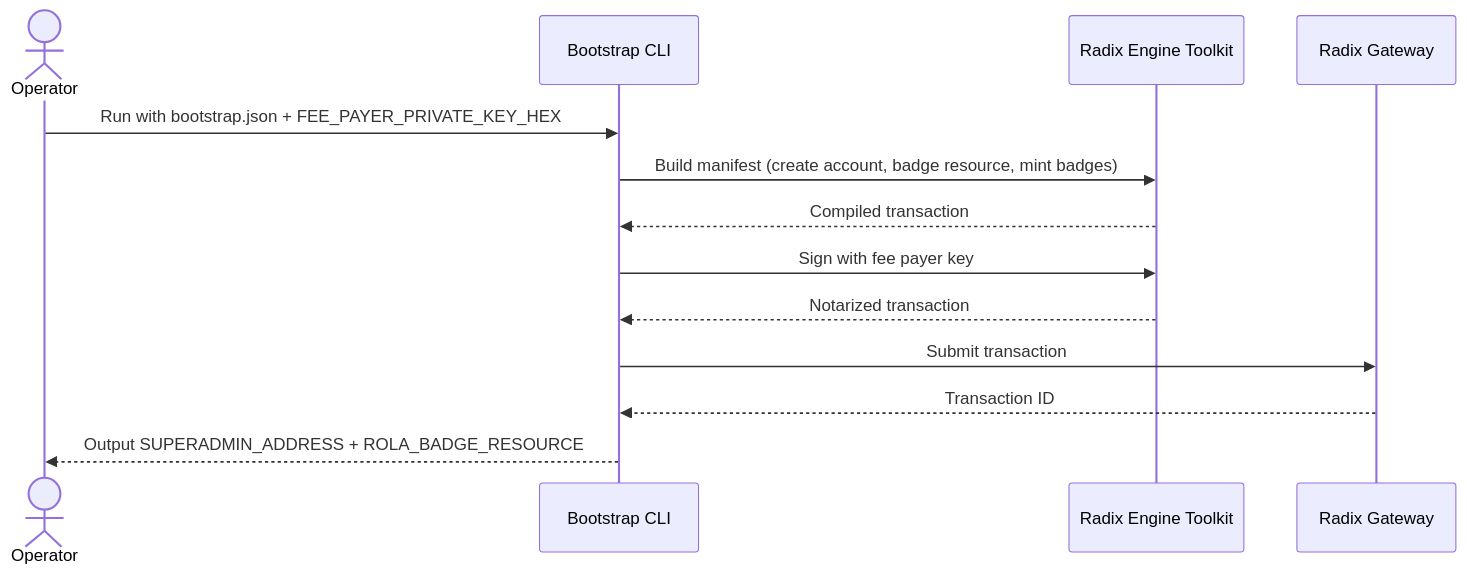
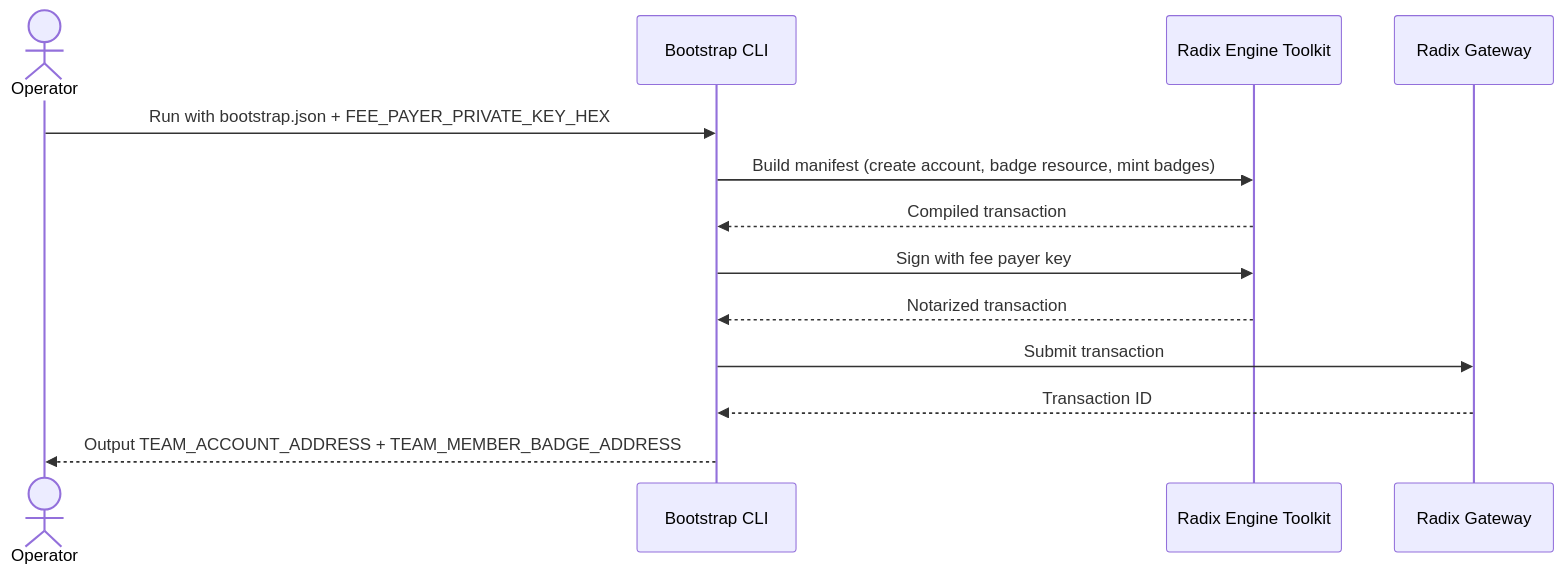
Before and after one commit to xstelea/radix-vaults: the eighth of 8 diagrams in docs/PRODUCT_SCOPE.md, drawn with Mermaid. The commit also changed other lines of this file and 1 other file, not shown here.

````diff
--- a/docs/PRODUCT_SCOPE.md
+++ b/docs/PRODUCT_SCOPE.md
@@ -382,16 +380,16 @@
 ```mermaid
 sequenceDiagram
     actor Op as Operator
     participant CLI as Bootstrap CLI
     participant RTK as Radix Engine Toolkit
     participant GW as Radix Gateway
 
     Op->>CLI: Run with bootstrap.json + FEE_PAYER_PRIVATE_KEY_HEX
     CLI->>RTK: Build manifest (create account, badge resource, mint badges)
     RTK-->>CLI: Compiled transaction
     CLI->>RTK: Sign with fee payer key
     RTK-->>CLI: Notarized transaction
     CLI->>GW: Submit transaction
     GW-->>CLI: Transaction ID
-    CLI-->>Op: Output SUPERADMIN_ADDRESS + ROLA_BADGE_RESOURCE
+    CLI-->>Op: Output TEAM_ACCOUNT_ADDRESS + TEAM_MEMBER_BADGE_ADDRESS
 ```
````
